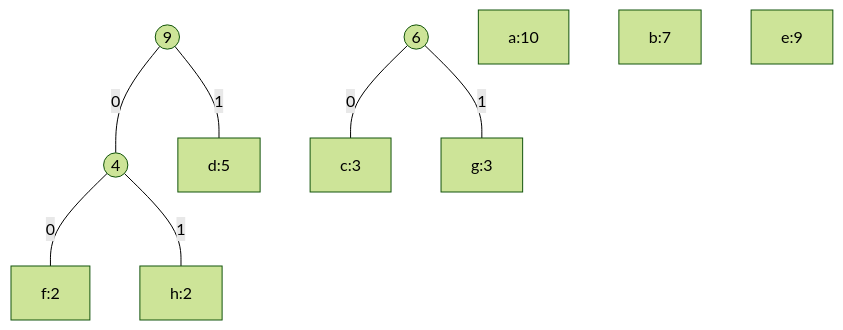
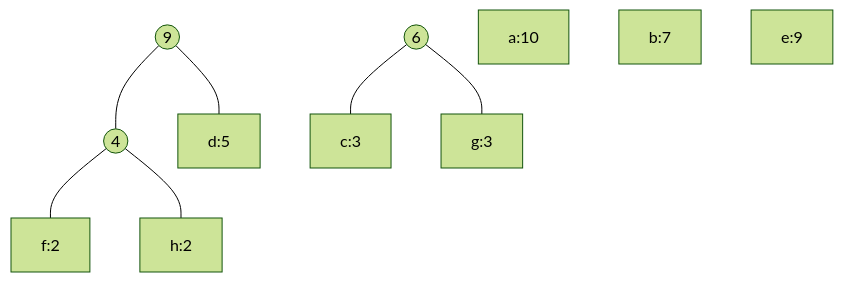
The fourth of 8 diagrams in 04/assignment4.md (rdimartino/algorithms-hw), drawn with Mermaid (forest theme) before and after one commit. The commit also changed other lines of this file and 1 other file, not shown here.

````diff
--- a/04/assignment4.md
+++ b/04/assignment4.md
@@ -99,18 +99,18 @@
     ```mermaid
     graph TD
         %% stage 1
-        n1((4))---|0|f:2
-        n1---|1|h:2
+        n1((4))---f:2
+        n1---h:2
         %% stage 3
-        n3((9))---|0|n1
-        n3---|1|d:5
+        n3((9))---n1
+        n3---d:5
 
         %% stage 2
-        n2((6))---|0|c:3
-        n2---|1|g:3
+        n2((6))---c:3
+        n2---g:3
 
         %% unallocated
         a:10
         b:7
         e:9
     ```
````
